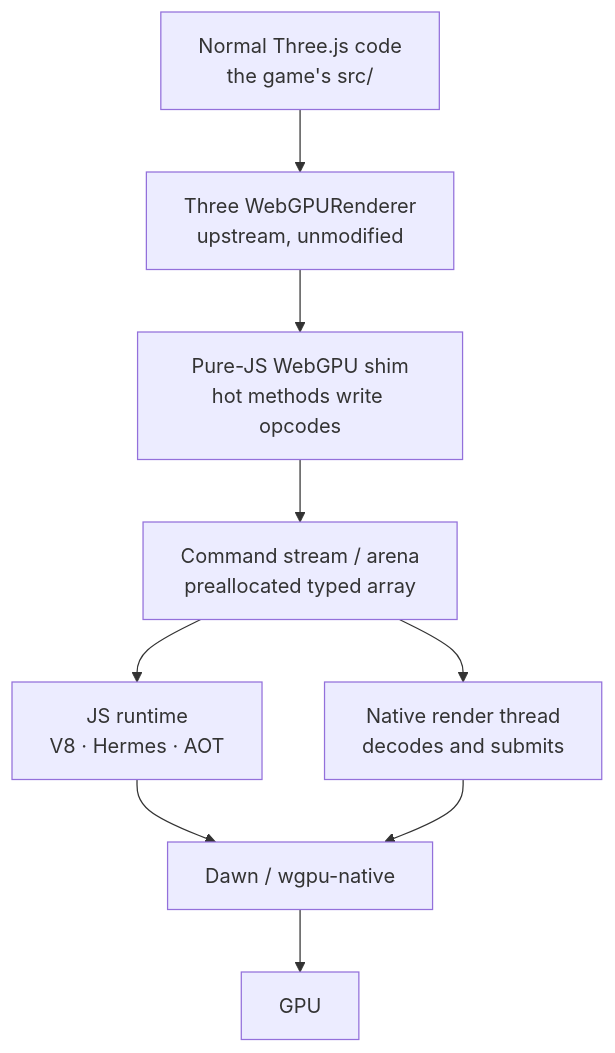
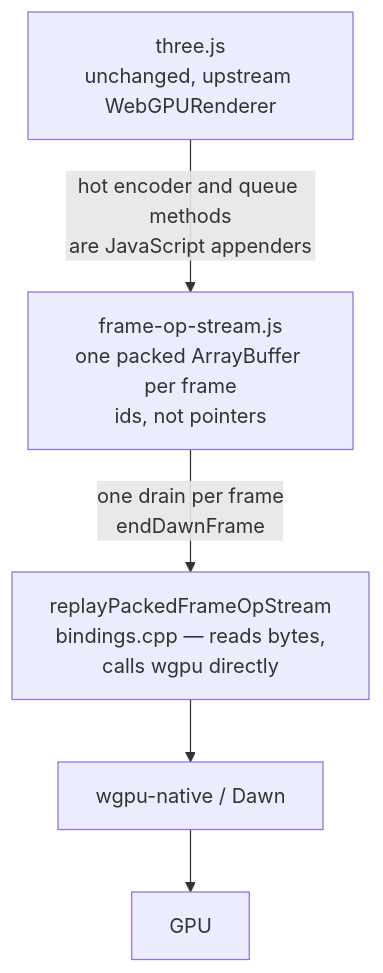
One commit to ThreeNativeHQ/threenative changed the diagram in docs/architecture/NATIVE-RENDER-TRANSPORT.md. Above: the diagram before and after it, drawn with Mermaid. The commit also changed other lines of this file and 2 other files, not shown here.

First line of the commit message:
Refactor NATIVE-RENDER-TRANSPORT and NATIVE-RUNTIME documentation

````diff
--- a/docs/architecture/NATIVE-RENDER-TRANSPORT.md
+++ b/docs/architecture/NATIVE-RENDER-TRANSPORT.md
@@ -31,11 +12,6 @@
 ```mermaid
 flowchart TD
-  A["Normal Three.js code<br/>the game's src/"] --> B["Three WebGPURenderer<br/>upstream, unmodified"]
-  B --> C["Pure-JS WebGPU shim<br/>hot methods write opcodes"]
-  C --> D["Command stream / arena<br/>preallocated typed array"]
-  D --> E["JS runtime<br/>V8 · Hermes · AOT"]
-  D --> F["Native render thread<br/>decodes and submits"]
-  E --> G["Dawn / wgpu-native"]
-  F --> G
-  G --> H["GPU"]
+  A["three.js<br/>unchanged, upstream WebGPURenderer"] -->|"hot encoder and queue methods<br/>are JavaScript appenders"| R["frame-op-stream.js<br/>one packed ArrayBuffer per frame<br/>ids, not pointers"]
+  R -->|"one drain per frame<br/>endDawnFrame"| C["replayPackedFrameOpStream<br/>bindings.cpp — reads bytes,<br/>calls wgpu directly"]
+  C --> W["wgpu-native / Dawn"] --> G["GPU"]
 ```
````
